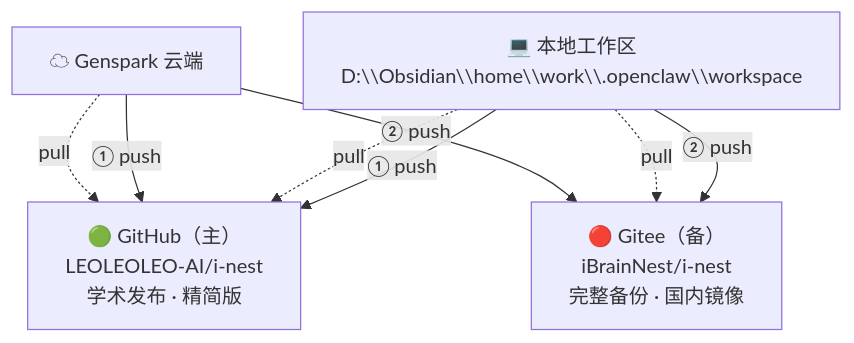
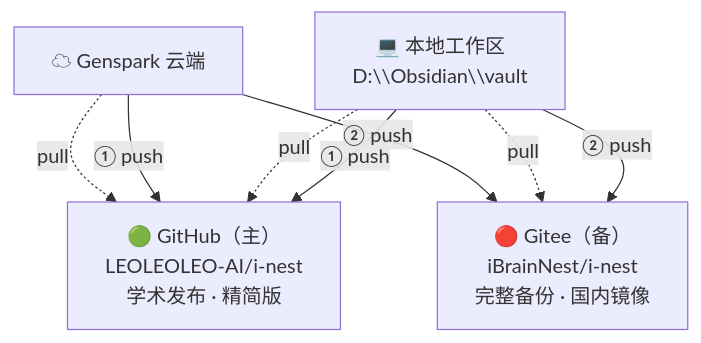
One commit to LEOLEOLEO-AI/i-nest changed the diagram in 90_System/Meta/Triangle_Sync_Architecture.md. Above: the diagram before and after it, drawn with Mermaid. The commit also changed other lines of this file and 863 other files, not shown here.

````diff
--- a/90_System/Meta/Triangle_Sync_Architecture.md
+++ b/90_System/Meta/Triangle_Sync_Architecture.md
@@ -7,16 +7,16 @@
 ```mermaid
 graph TD
     GitHub["🟢 GitHub（主）<br/>LEOLEOLEO-AI/i-nest<br/>学术发布 · 精简版"]
     Gitee["🔴 Gitee（备）<br/>iBrainNest/i-nest<br/>完整备份 · 国内镜像"]
     
-    Local["💻 本地工作区<br/>D:\\Obsidian\\home\\work\\.openclaw\\workspace"]
+    Local["💻 本地工作区<br/>D:\\Obsidian\\vault"]
     Genspark["☁ Genspark 云端"]
     
     Local -->|"① push"| GitHub
     Local -->|"② push"| Gitee
     Local -.->|"pull"| GitHub
     Local -.->|"pull"| Gitee
     Genspark -->|"① push"| GitHub
     Genspark -->|"② push"| Gitee
     Genspark -.->|"pull"| GitHub
 ```
````
